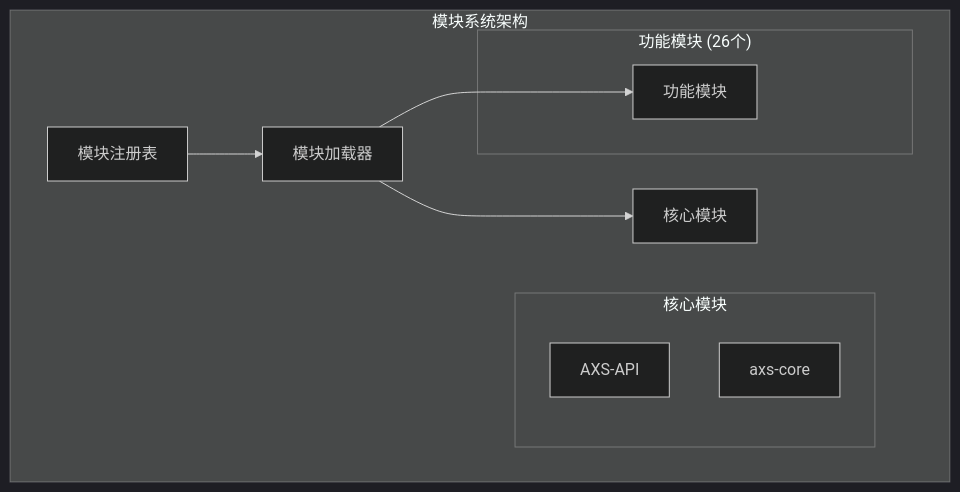
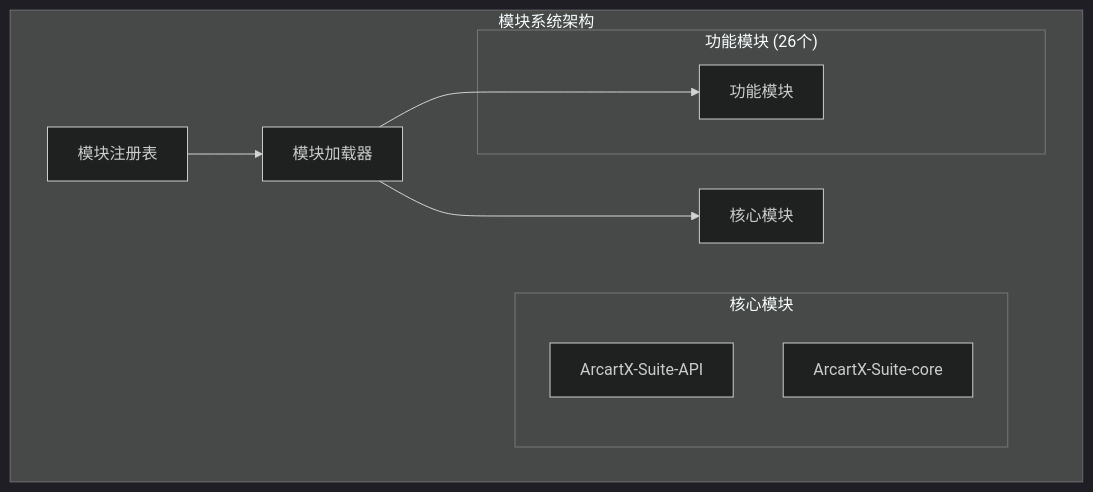
The second of 3 diagrams in docs/architecture/system-architecture.md (ArcartX-Suite/ArcartXSuite-Wiki), drawn with Mermaid (dark theme) before and after one commit. The commit also changed other lines of this file and 49 other files, not shown here.

````diff
--- a/docs/architecture/system-architecture.md
+++ b/docs/architecture/system-architecture.md
@@ -104,22 +104,22 @@
 ```mermaid
 graph TB
     subgraph "模块系统架构"
         Registry[模块注册表]
         Loader[模块加载器]
         Core[核心模块]
         Modules[功能模块]
         
         Registry --> Loader
         Loader --> Core
         Loader --> Modules
         
         subgraph "核心模块"
-            API[AXS-API]
-            CoreJar[axs-core]
+            API[ArcartX-Suite-API]
+            CoreJar[ArcartX-Suite-core]
         end
         
         subgraph "功能模块 (26个)"
             Modules[功能模块]
         end
     end
 ```
````
